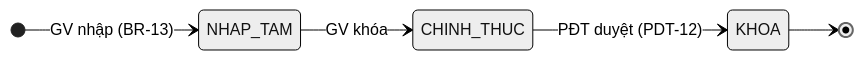
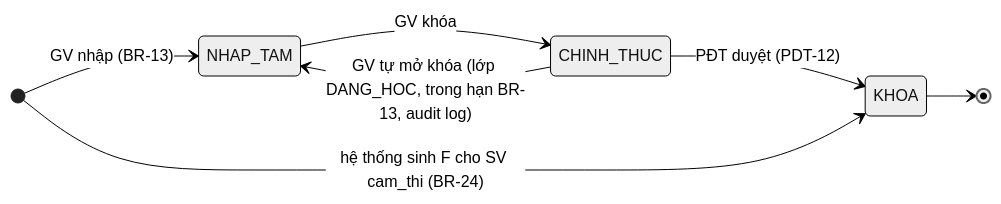
One commit to ThaiSon-123/HeThongDangKyMonHoc changed the eighth of 12 diagrams in plan.md. Above: the diagram before and after it, drawn with Mermaid (neutral theme). The commit also changed other lines of this file and 154 other files, not shown here.

````diff
--- a/plan.md
+++ b/plan.md
@@ -967,8 +1009,10 @@
 ```mermaid
 stateDiagram-v2
     direction LR
     [*] --> NHAP_TAM: GV nhập (BR-13)
     NHAP_TAM --> CHINH_THUC: GV khóa
+    CHINH_THUC --> NHAP_TAM: GV tự mở khóa (lớp DANG_HOC, trong hạn BR-13, audit log)
     CHINH_THUC --> KHOA: PĐT duyệt (PDT-12)
+    [*] --> KHOA: hệ thống sinh F cho SV cam_thi (BR-24)
     KHOA --> [*]
 ```
````
